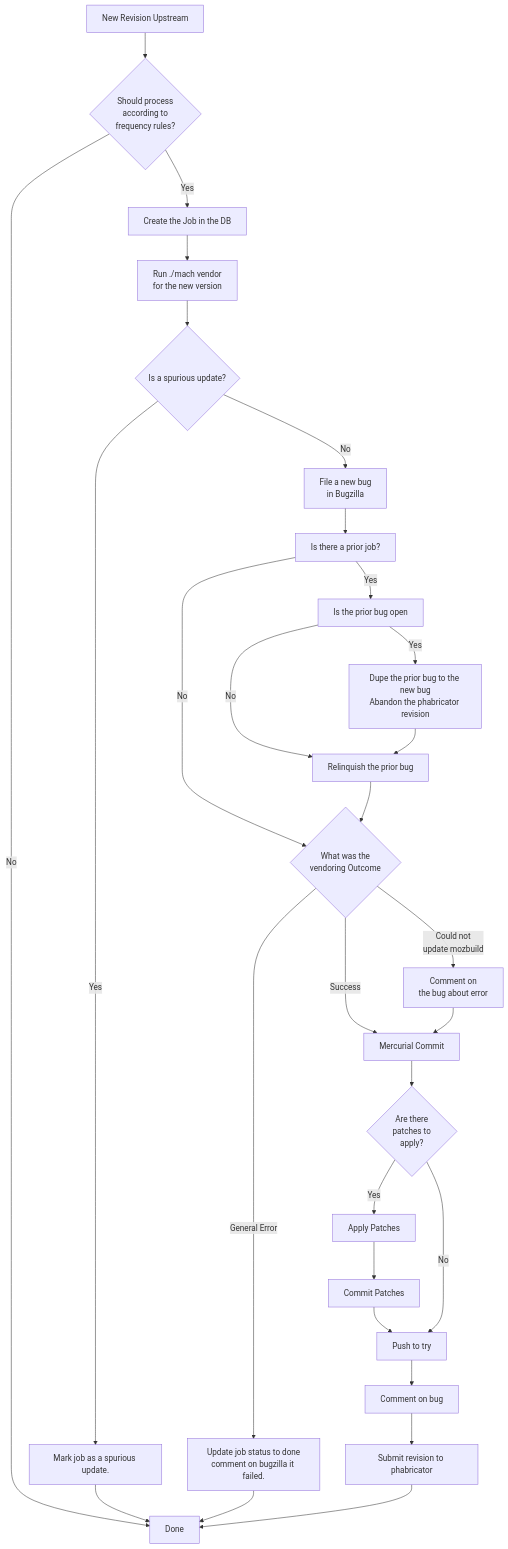
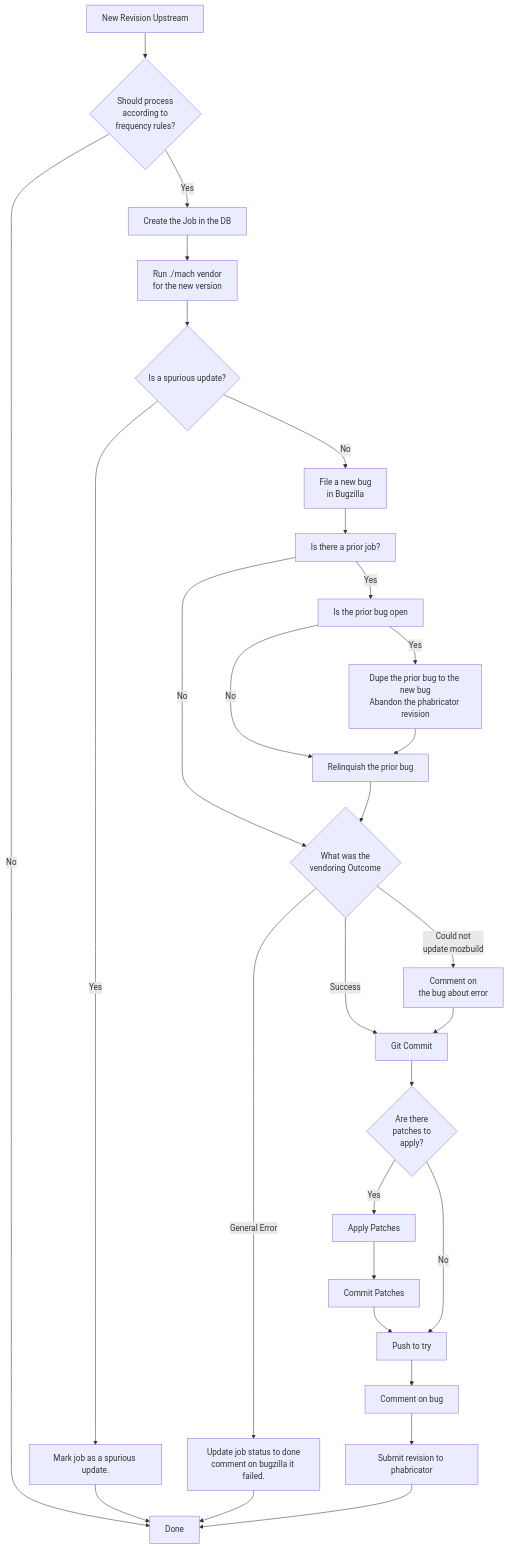
Before and after one commit to mozilla-services/updatebot: the diagram in docs/new_job.md, drawn with Mermaid. The commit also changed 11 other files, not shown here.

Commit message:
Migrate from Mercurial to Git

````diff
--- a/docs/new_job.md
+++ b/docs/new_job.md
@@ -1,61 +1,61 @@
 ```mermaid
 graph TD
     Done[Done]
 
     A[New Revision Upstream]
     A --> FrequencyCheck
     
     FrequencyCheck{Should process <br />according to <br/>frequency rules?}
     FrequencyCheck -->|Yes| CreateJob
     FrequencyCheck -->|No| Done
 
     CreateJob[Create the Job in the DB]
     CreateJob --> VendorTheNewVersion
 
     VendorTheNewVersion[Run ./mach vendor <br/>for the new version]
     VendorTheNewVersion --> SpuriousCheck
     
     SpuriousCheck{Is a spurious update?}
     SpuriousCheck -->|No| FileBug
     SpuriousCheck -->|Yes| X1[Mark job as a spurious update.] --> Done
 
     FileBug[File a new bug<br />in Bugzilla]
     FileBug --> PriorBug
 
     PriorBug[Is there a prior job?]
     PriorBug -->|Yes| IsPriorBugOpen
     PriorBug --> |No| HandleVendoringOutcomes
 
     IsPriorBugOpen[Is the prior bug open] 
     IsPriorBugOpen --> |Yes| HandleOpenPriorBug
     IsPriorBugOpen --> |No| RelinquishPriorBug
 
     RelinquishPriorBug[Relinquish the prior bug]
 
     HandleOpenPriorBug[Dupe the prior bug to the new bug<br />Abandon the phabricator revision]
     HandleOpenPriorBug --> RelinquishPriorBug
 
     RelinquishPriorBug --> HandleVendoringOutcomes
 
     HandleVendoringOutcomes{What was the<br />vendoring Outcome}
     HandleVendoringOutcomes --> |General Error| X2[Update job status to done<br />comment on bugzilla it failed.] --> Done
     HandleVendoringOutcomes --> |Could not <br />update mozbuild| CommentMozBuild
     HandleVendoringOutcomes --> |Success| Commit
 
     CommentMozBuild[Comment on<br />the bug about error] --> Commit
 
-    Commit[Mercurial Commit] -->HasPatches
+    Commit[Git Commit] -->HasPatches
 
     HasPatches{Are there <br />patches to <br />apply?}
     HasPatches --> |Yes| ApplyPatches[Apply Patches] --> CommitPatches[Commit Patches] --> PushToTry
     HasPatches --> |No| PushToTry
 
     PushToTry[Push to try]
     PushToTry --> CommentOnBug
 
     CommentOnBug[Comment on bug]
     CommentOnBug --> SubmitPhab
 
     SubmitPhab[Submit revision to phabricator]
     SubmitPhab --> Done
 ```
````
